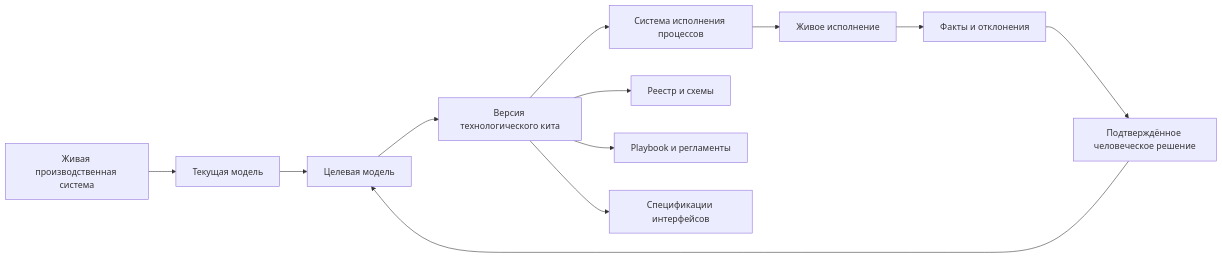
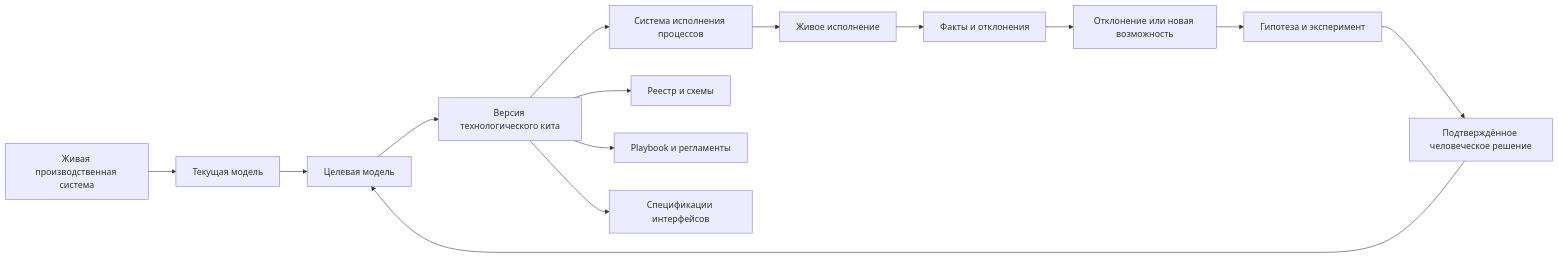
The diagram in README.md (Vladick-Pick/production-system-skills), drawn with Mermaid before and after one commit. The commit also changed other lines of this file and 76 other files, not shown here.

```diff
--- a/README.md
+++ b/README.md
@@ -53,14 +57,16 @@
 ~~~mermaid
 flowchart LR
     A[Живая производственная система] --> B[Текущая модель]
     B --> C[Целевая модель]
     C --> D[Версия технологического кита]
     D --> E[Система исполнения процессов]
     E --> F[Живое исполнение]
     F --> G[Факты и отклонения]
-    G --> H[Подтверждённое человеческое решение]
-    H --> C
+    G --> H[Отклонение или новая возможность]
+    H --> L[Гипотеза и эксперимент]
+    L --> M[Подтверждённое человеческое решение]
+    M --> C
     D --> I[Реестр и схемы]
     D --> J[Playbook и регламенты]
     D --> K[Спецификации интерфейсов]
 ~~~
```
